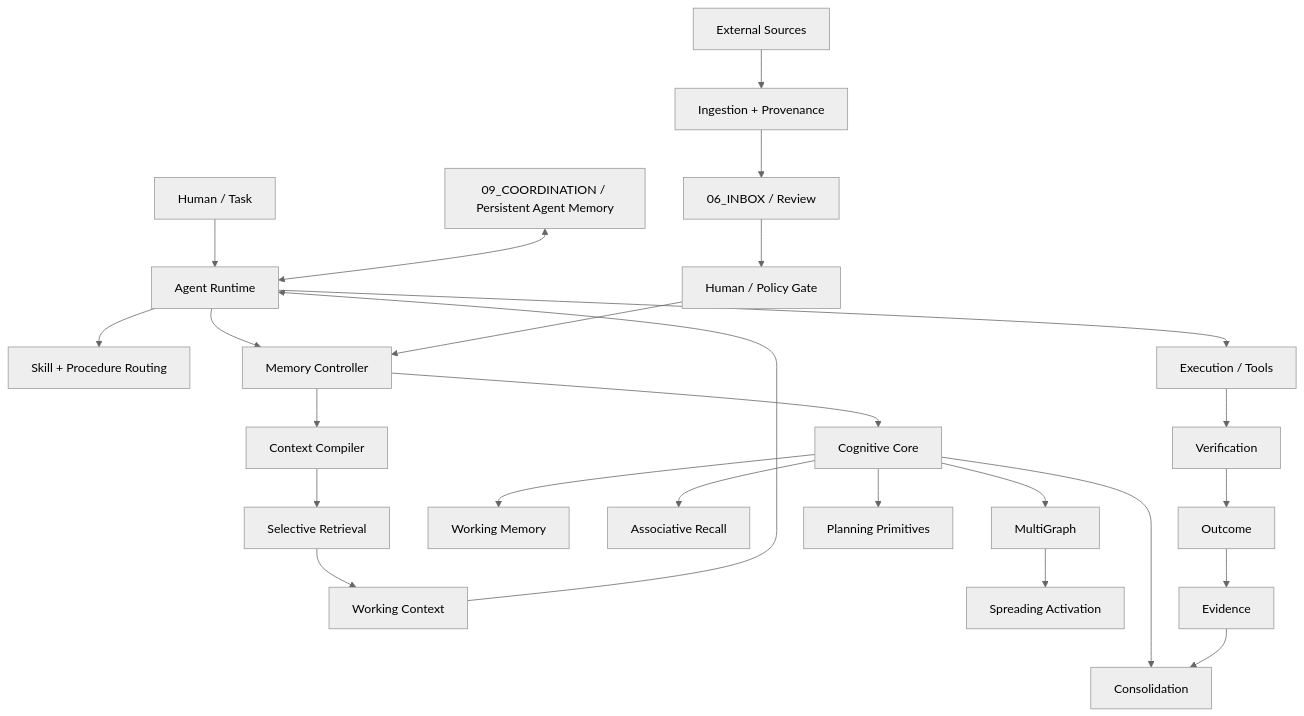
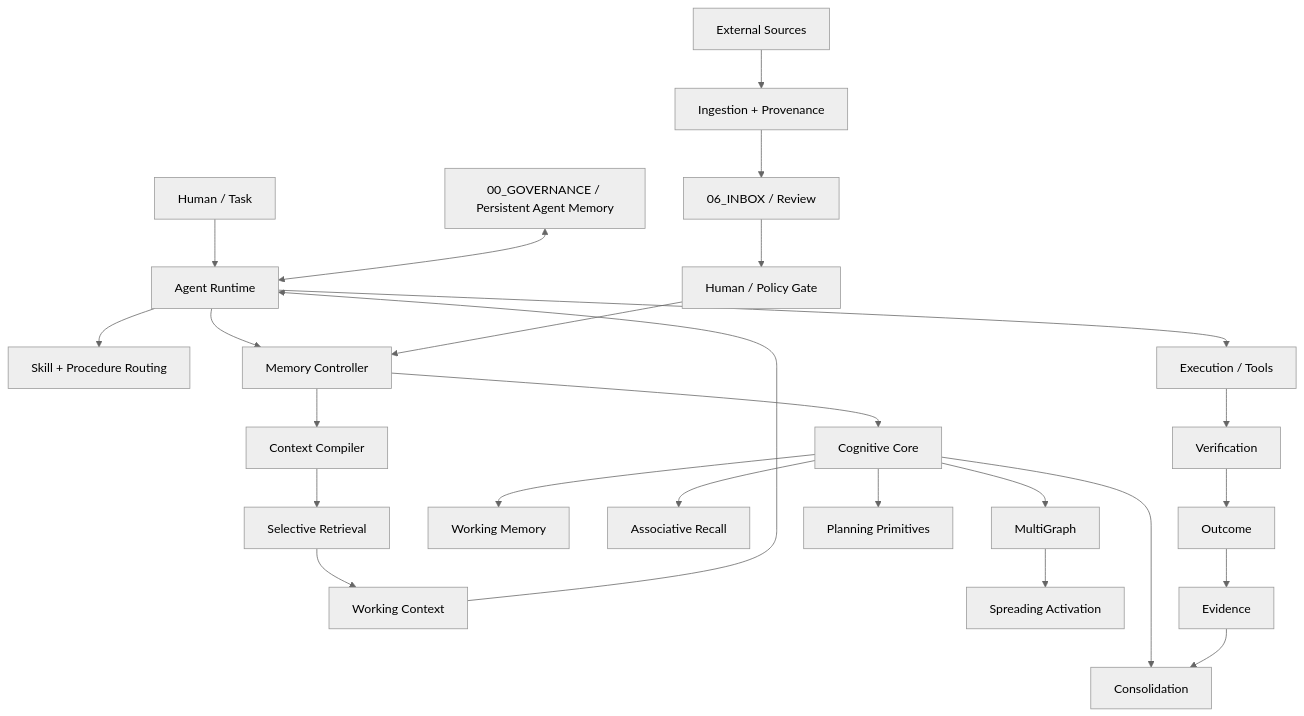
Before and after one commit to userist123/AI_Memory_Vault_CODEX_READY: the second of 2 diagrams in README.md, drawn with Mermaid (neutral theme). The commit also changed other lines of this file, not shown here.

````diff
--- a/README.md
+++ b/README.md
@@ -90,31 +94,31 @@
 ```mermaid
 flowchart TB
     U[Human / Task] --> R[Agent Runtime]
     R --> S[Skill + Procedure Routing]
     R --> M[Memory Controller]
     M --> C[Context Compiler]
     C --> Q[Selective Retrieval]
     Q --> W[Working Context]
     W --> R
 
     M --> CC[Cognitive Core]
     CC --> WM[Working Memory]
     CC --> RC[Associative Recall]
     CC --> MG[MultiGraph]
     MG --> SA[Spreading Activation]
     CC --> PL[Planning Primitives]
     CC --> CO[Consolidation]
 
     R --> EX[Execution / Tools]
     EX --> VF[Verification]
     VF --> OUT[Outcome]
     OUT --> EVI[Evidence]
     EVI --> CO
 
     RAW[External Sources] --> ING[Ingestion + Provenance]
     ING --> INBOX[06_INBOX / Review]
     INBOX --> HG[Human / Policy Gate]
     HG --> M
 
-    P[09_COORDINATION / Persistent Agent Memory] <--> R
+    P[00_GOVERNANCE / Persistent Agent Memory] <--> R
 ```
````
